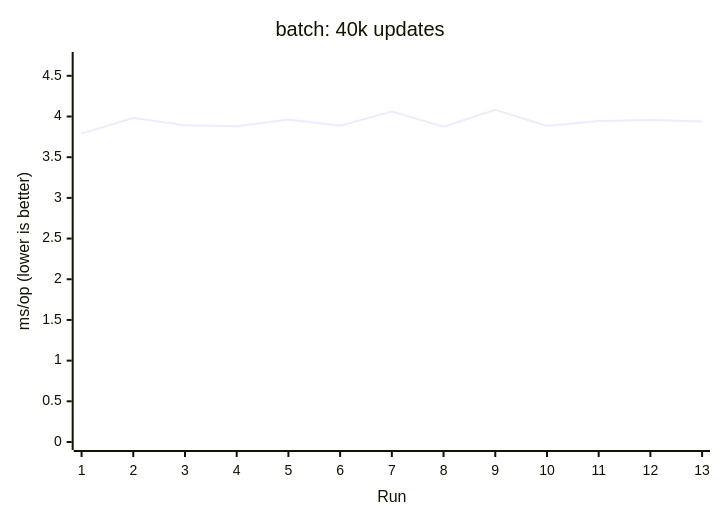
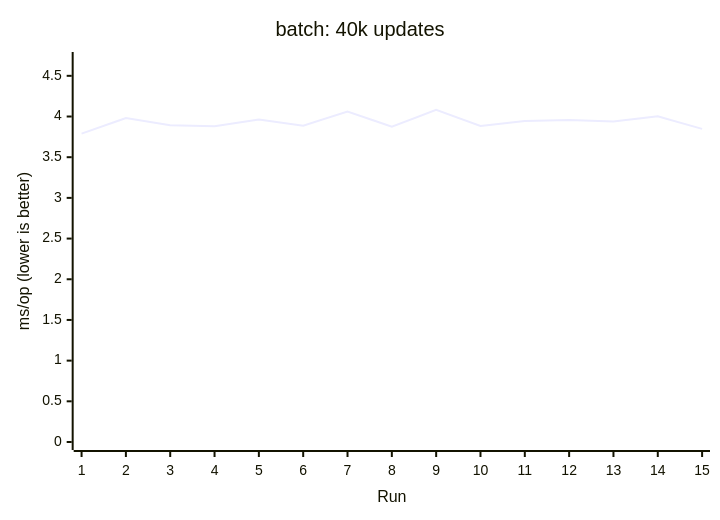
One commit to AIluffy/io changed diagram 17 of 17 in apps/docs/src/content/docs/en/guides/benchmark.mdx. Above: the diagram before and after it, drawn with Mermaid. The commit also changed other lines of this file and 7 other files, not shown here.

````diff
--- a/apps/docs/src/content/docs/en/guides/benchmark.mdx
+++ b/apps/docs/src/content/docs/en/guides/benchmark.mdx
@@ -403,7 +419,7 @@
 ```mermaid
 xychart-beta
   title "batch: 40k updates"
-  x-axis "Run" [1, 2, 3, 4, 5, 6, 7, 8, 9, 10, 11, 12, 13]
+  x-axis "Run" [1, 2, 3, 4, 5, 6, 7, 8, 9, 10, 11, 12, 13, 14, 15]
   y-axis "ms/op (lower is better)" 0 --> 4.6945
-  line [3.7899, 3.981, 3.8937, 3.8797, 3.9636, 3.8868, 4.0624, 3.8737, 4.0822, 3.883, 3.9448, 3.958, 3.9387]
+  line [3.7899, 3.981, 3.8937, 3.8797, 3.9636, 3.8868, 4.0624, 3.8737, 4.0822, 3.883, 3.9448, 3.958, 3.9387, 4.0018, 3.8479]
 ```
````
